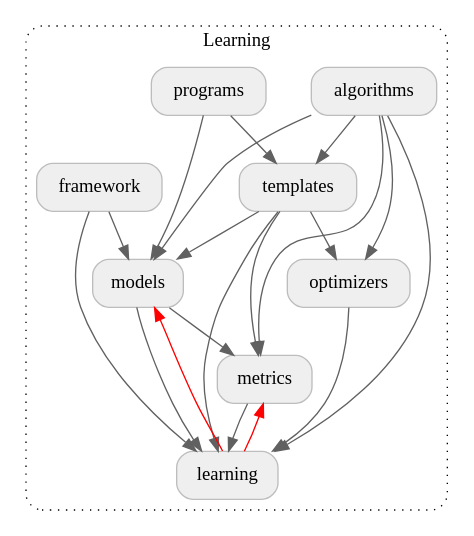
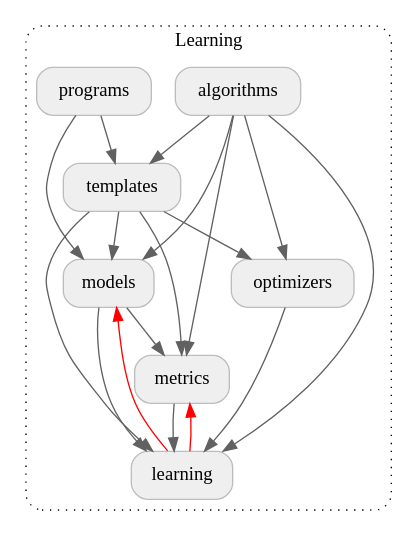
One commit to google-parfait/tensorflow-federated changed the diagram in docs/design/package_structure_learning.dot. Above: the diagram before and after it, drawn with Graphviz. The commit also changed 12 other files, not shown here.

First line of the commit message:
Delete the `tff.learning.framework` namespace⚰️.

```diff
--- a/docs/design/package_structure_learning.dot
+++ b/docs/design/package_structure_learning.dot
@@ -1,40 +1,37 @@
 digraph {
   graph [style="dotted,rounded"]
   node [shape="box", style="rounded,filled", fillcolor="#efefef", color="#bdbdbd"]
   edge [color="#616161"]
 
   subgraph cluster_learning {
     graph [label="Learning", href="https://github.com/tensorflow/federated/blob/main/tensorflow_federated/python/learning" target="_parent"]
     algorithms [label="algorithms", href="https://github.com/tensorflow/federated/blob/main/tensorflow_federated/python/learning/algorithms" target="_parent"]
     programs [label="programs", href="https://github.com/tensorflow/federated/blob/main/tensorflow_federated/python/learning/programs" target="_parent"]
     templates [label="templates", href="https://github.com/tensorflow/federated/blob/main/tensorflow_federated/python/learning/templates" target="_parent"]
     optimizers [label="optimizers", href="https://github.com/tensorflow/federated/blob/main/tensorflow_federated/python/learning/optimizers" target="_parent"]
     models [label="models", href="https://github.com/tensorflow/federated/blob/main/tensorflow_federated/python/learning/models" target="_parent"]
     metrics [label="metrics", href="https://github.com/tensorflow/federated/blob/main/tensorflow_federated/python/learning/metrics" target="_parent"]
-    framework [label="framework", href="https://github.com/tensorflow/federated/blob/main/tensorflow_federated/python/learning/framework" target="_parent"]
     learning [href="https://github.com/tensorflow/federated/blob/main/tensorflow_federated/python/learning" target="_parent"]
   }
 
   programs -> templates
   programs -> models
   algorithms -> templates
   algorithms -> metrics
   algorithms -> models
   algorithms -> optimizers
   algorithms -> learning
   templates -> optimizers
   templates -> metrics
   templates -> models
   templates -> learning
   models -> metrics
   models -> learning
-  framework -> learning
-  framework -> models
   optimizers -> learning
   metrics -> learning
 
   // TODO: b/151441025 - This visibility is temporary and can be removed once the
   // circular dependencies between `learning` and its subpackages are removed.
   metrics -> learning [dir=back, color="#ff0000"]
   models -> learning [dir=back, color="#ff0000"]
 }
```
